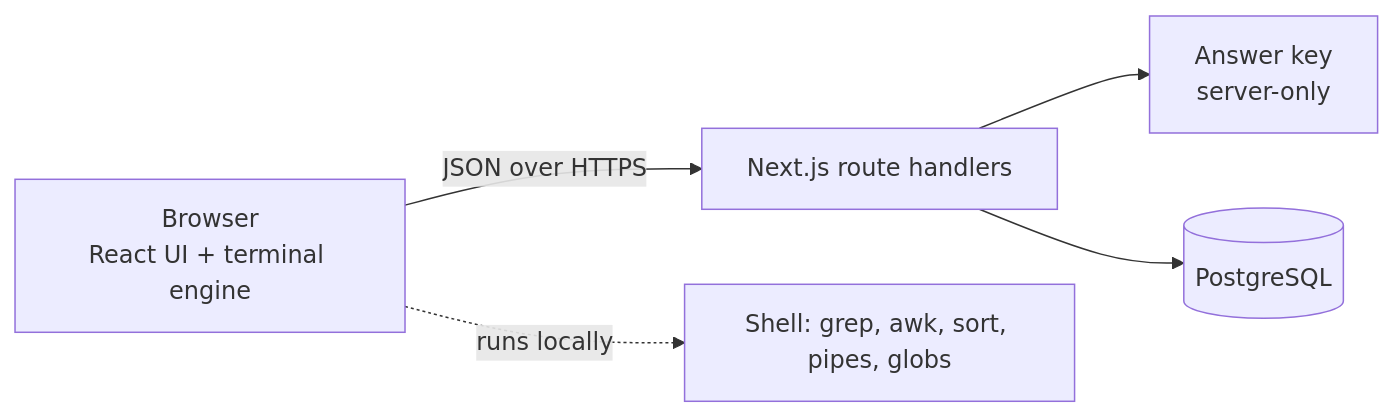
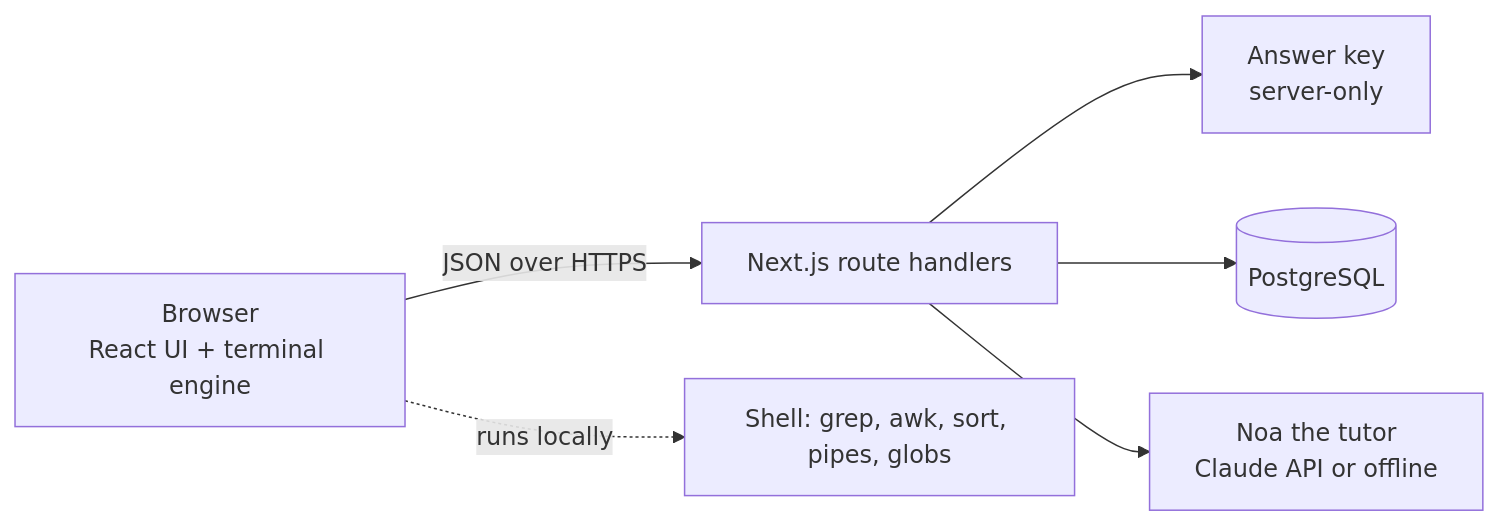
The diagram in README.md (hadasdonat/blackout), drawn with Mermaid before and after one commit. The commit also changed other lines of this file and 24 other files, not shown here.

First line of the commit message:
Add Noa, an AI tutor chat on every task, and reframe the game as learning cyber from zero

````diff
--- a/README.md
+++ b/README.md
@@ -20,7 +24,8 @@
 ```mermaid
 flowchart LR
   B[Browser<br/>React UI + terminal engine] -- JSON over HTTPS --> A[Next.js route handlers]
   A --> K[Answer key<br/>server-only]
   A --> D[(PostgreSQL)]
+  A --> T[Noa the tutor<br/>Claude API or offline]
   B -. runs locally .-> S[Shell: grep, awk, sort, pipes, globs]
 ```
````
